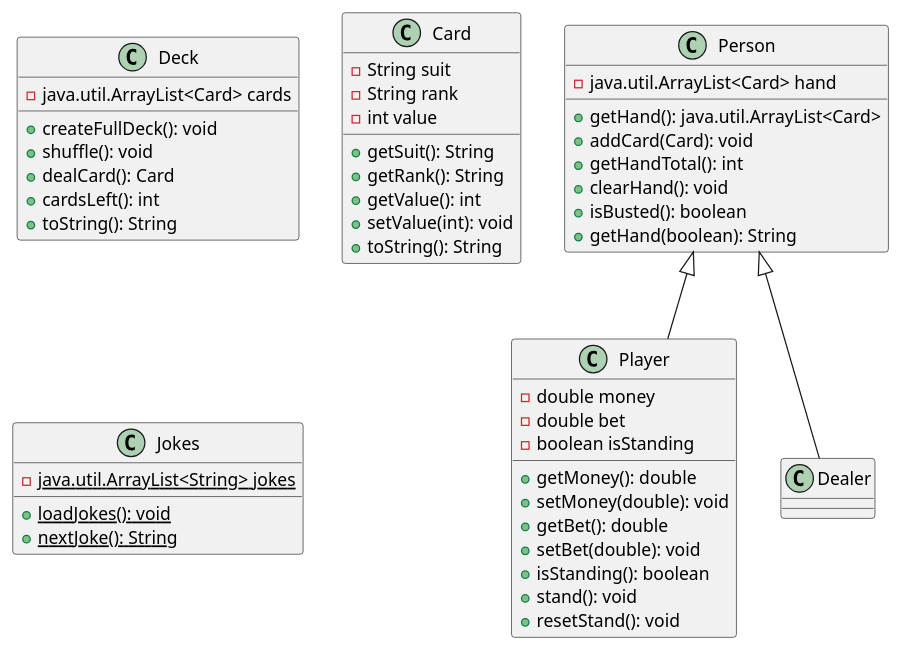
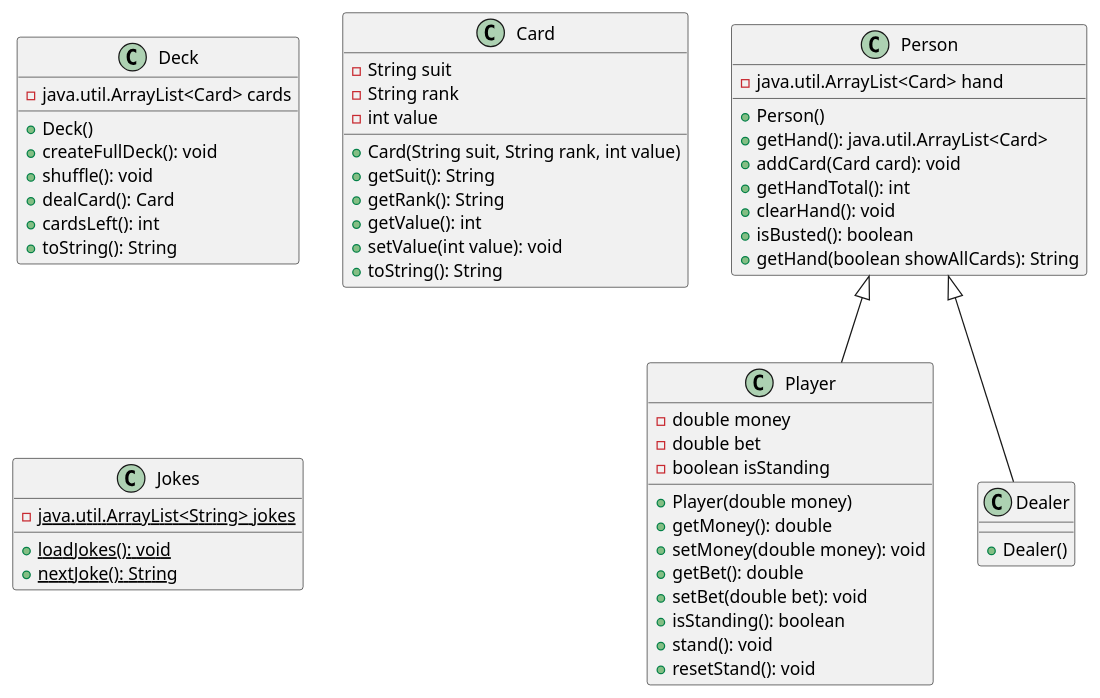
Before and after one commit to DevHamzaKhan/blackjack: the diagram in UML.puml, drawn with PlantUML.

Commit message:
add contructors and params to uml

```diff
--- a/UML.puml
+++ b/UML.puml
@@ -1,54 +1,60 @@
 @startuml
 
 class Deck {
   - java.util.ArrayList<Card> cards
+  + Deck()
   + createFullDeck(): void
   + shuffle(): void
   + dealCard(): Card
   + cardsLeft(): int
   + toString(): String
 }
 
 class Card {
   - String suit
   - String rank
   - int value
+  + Card(String suit, String rank, int value)
   + getSuit(): String
   + getRank(): String
   + getValue(): int
-  + setValue(int): void
+  + setValue(int value): void
   + toString(): String
 }
 
 class Person {
   - java.util.ArrayList<Card> hand
+  + Person()
   + getHand(): java.util.ArrayList<Card>
-  + addCard(Card): void
+  + addCard(Card card): void
   + getHandTotal(): int
   + clearHand(): void
   + isBusted(): boolean
-  + getHand(boolean): String
+  + getHand(boolean showAllCards): String
 }
 
 class Player extends Person {
   - double money
   - double bet
   - boolean isStanding
+  + Player(double money)
   + getMoney(): double
-  + setMoney(double): void
+  + setMoney(double money): void
   + getBet(): double
-  + setBet(double): void
+  + setBet(double bet): void
   + isStanding(): boolean
   + stand(): void
   + resetStand(): void
 }
 
-class Dealer extends Person
+class Dealer extends Person {
+  + Dealer()
+}
 
 class Jokes {
   {static} - java.util.ArrayList<String> jokes
   {static} + loadJokes(): void
   {static} + nextJoke(): String
 }
 
 @enduml
```
